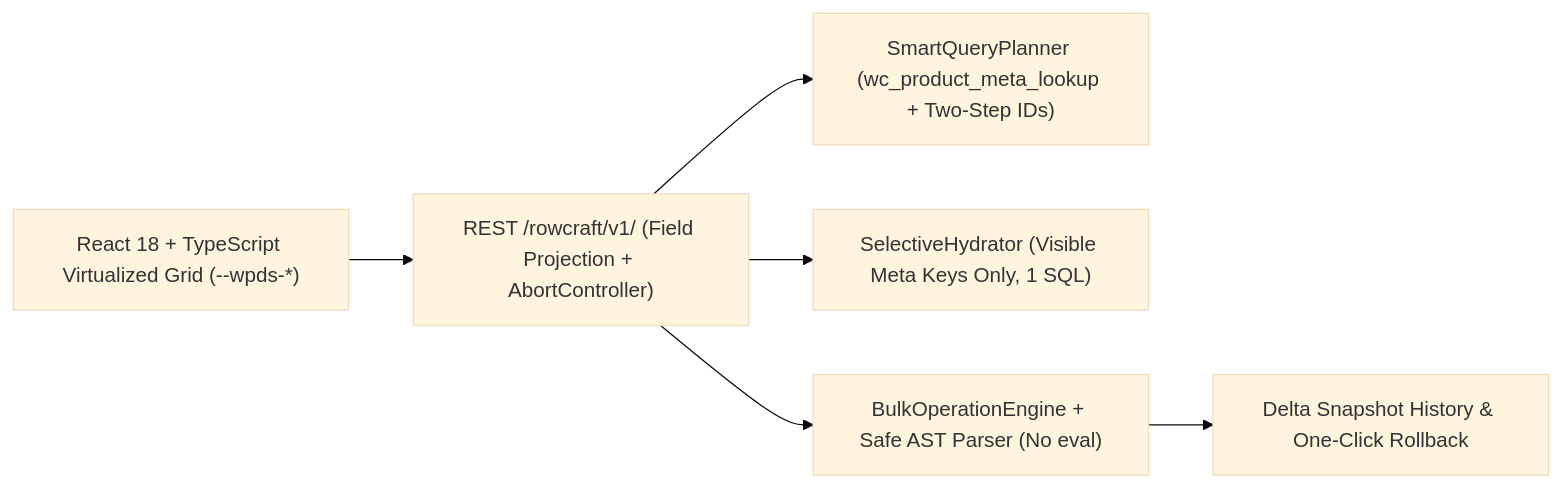
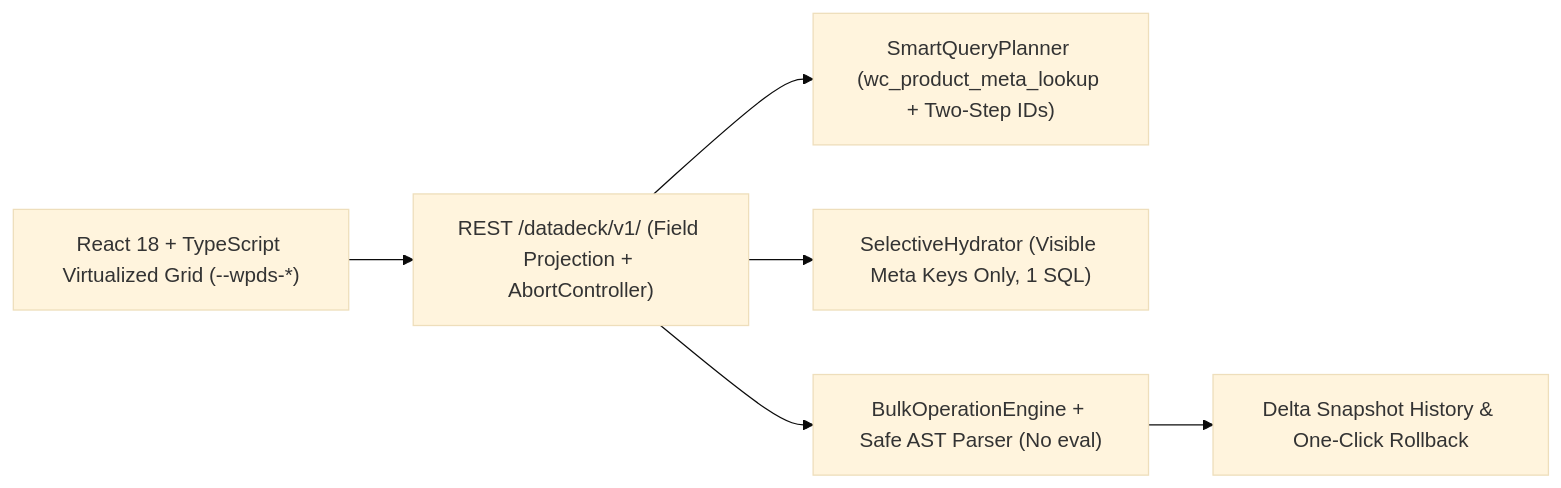
Before and after one commit to duhanguler/datadeck: the diagram in README.md, drawn with Mermaid (base theme). The commit also changed other lines of this file and 77 other files, not shown here.

````diff
--- a/README.md
+++ b/README.md
@@ -41,8 +41,8 @@
 ```mermaid
 flowchart LR
-    UI["React 18 + TypeScript Virtualized Grid (--wpds-*)"] --> REST["REST /rowcraft/v1/ (Field Projection + AbortController)"]
+    UI["React 18 + TypeScript Virtualized Grid (--wpds-*)"] --> REST["REST /datadeck/v1/ (Field Projection + AbortController)"]
     REST --> Planner["SmartQueryPlanner (wc_product_meta_lookup + Two-Step IDs)"]
     REST --> Hydrator["SelectiveHydrator (Visible Meta Keys Only, 1 SQL)"]
     REST --> Bulk["BulkOperationEngine + Safe AST Parser (No eval)"]
     Bulk --> Audit["Delta Snapshot History & One-Click Rollback"]
 ```
````
